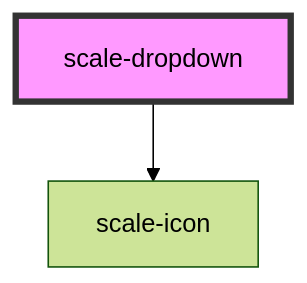
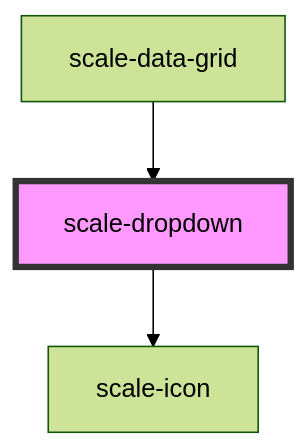
Before and after one commit to gaurishkamat/scale: the diagram in packages/components/src/components/dropdown/readme.md, drawn with Mermaid (forest theme). The commit also changed other lines of this file and 94 other files, not shown here.

````diff
--- a/packages/components/src/components/dropdown/readme.md
+++ b/packages/components/src/components/dropdown/readme.md
@@ -48,5 +52,6 @@
 ```mermaid
 graph TD;
   scale-dropdown --> scale-icon
+  scale-data-grid --> scale-dropdown
   style scale-dropdown fill:#f9f,stroke:#333,stroke-width:4px
 ```
````
